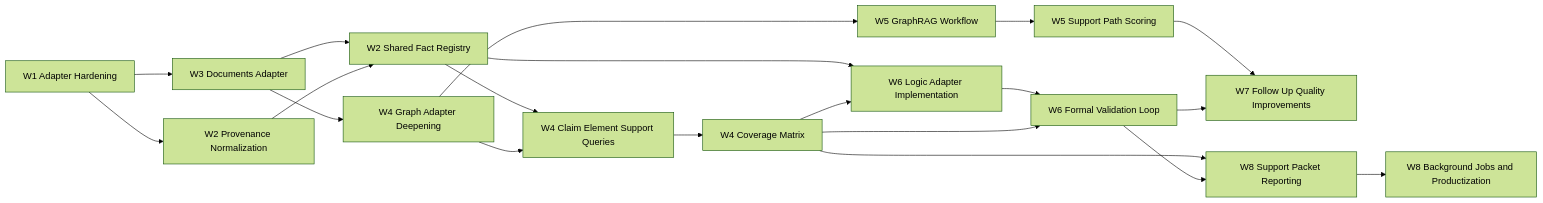
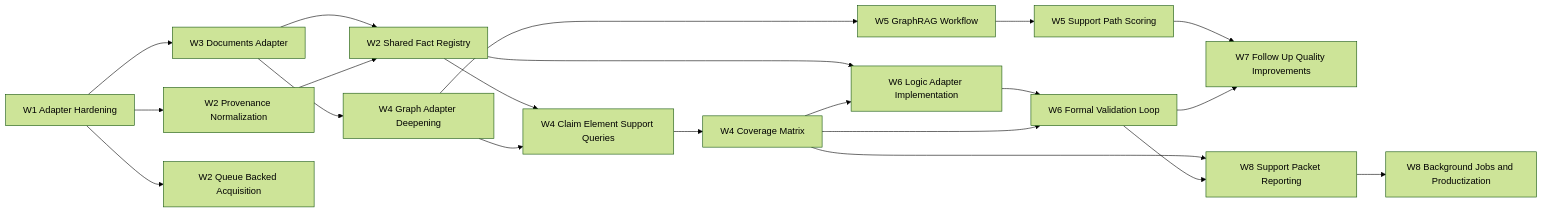
The second of 2 diagrams in docs/IPFS_DATASETS_PY_DEPENDENCY_MAP.md (JusticeDAO-LLC/complaint-generator), drawn with Mermaid (forest theme) before and after one commit. The commit also changed other lines of this file and 18 other files, not shown here.

````diff
--- a/docs/IPFS_DATASETS_PY_DEPENDENCY_MAP.md
+++ b/docs/IPFS_DATASETS_PY_DEPENDENCY_MAP.md
@@ -102,22 +107,23 @@
 ```mermaid
 graph LR
     A[W1 Adapter Hardening] --> B[W3 Documents Adapter]
     A --> C[W2 Provenance Normalization]
+    A --> AQ[W2 Queue Backed Acquisition]
     B --> D[W2 Shared Fact Registry]
     C --> D
     B --> E[W4 Graph Adapter Deepening]
     D --> F[W4 Claim Element Support Queries]
     E --> F
     F --> G[W4 Coverage Matrix]
     E --> H[W5 GraphRAG Workflow]
     D --> I[W6 Logic Adapter Implementation]
     G --> I
     H --> J[W5 Support Path Scoring]
     I --> K[W6 Formal Validation Loop]
     G --> K
     J --> L[W7 Follow Up Quality Improvements]
     K --> L
     G --> M[W8 Support Packet Reporting]
     K --> M
     M --> N[W8 Background Jobs and Productization]
 ```
````
